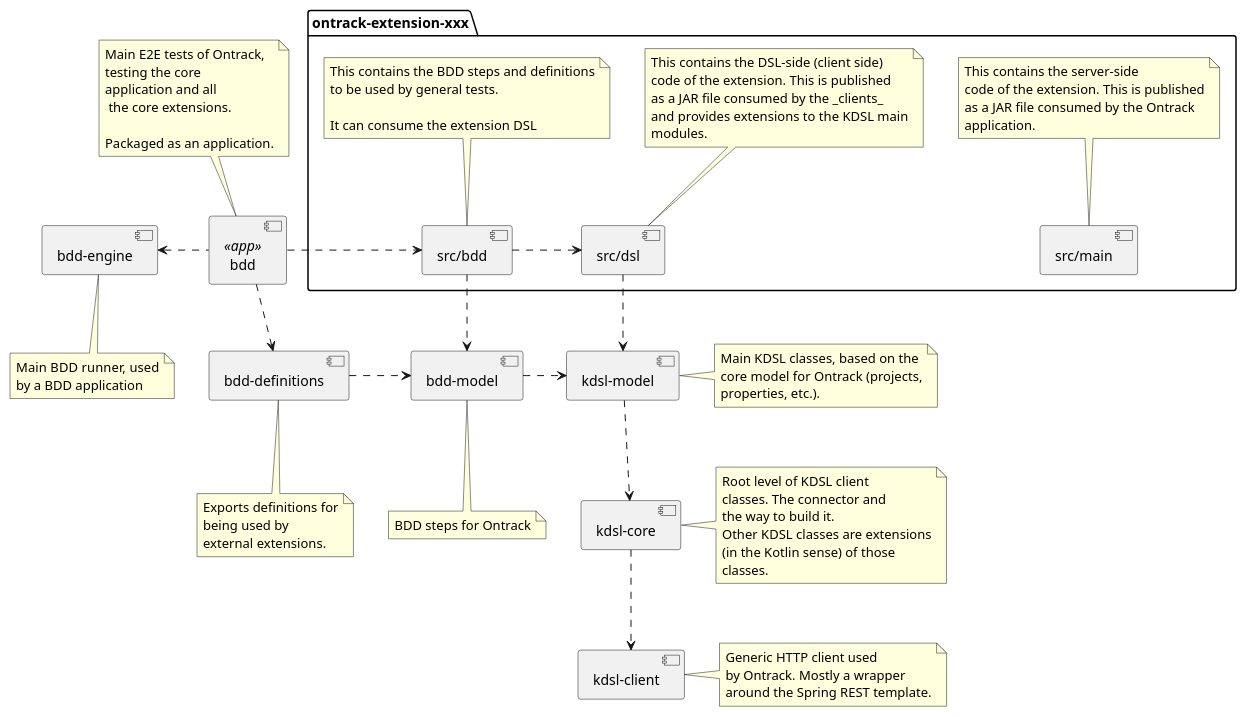
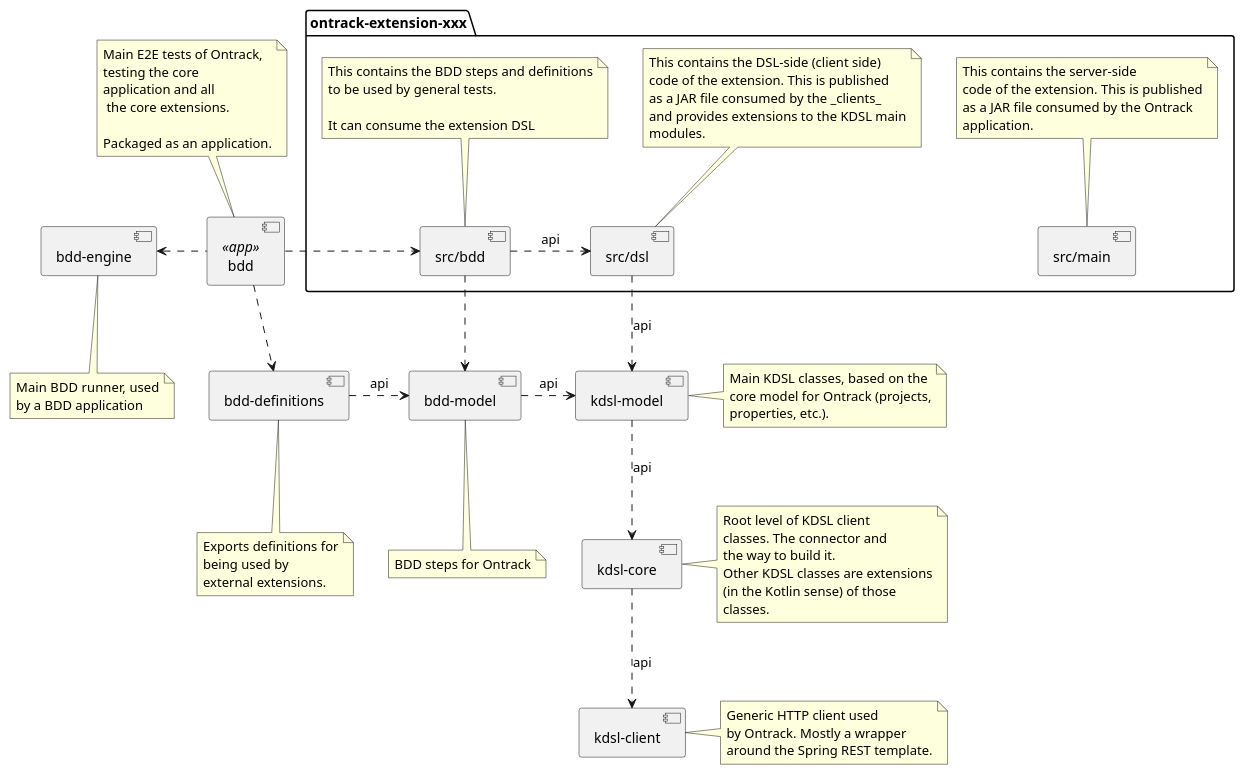
One commit to ReginaBabo/ontrack changed the diagram in ontrack-docs/src/docs/asciidoc/architecture-kdsl.puml. Above: the diagram before and after it, drawn with PlantUML. The commit also changed 1 other file, not shown here.

Commit message:
[kdsl] Correction of BDD Configuration for extensions

```diff
--- a/ontrack-docs/src/docs/asciidoc/architecture-kdsl.puml
+++ b/ontrack-docs/src/docs/asciidoc/architecture-kdsl.puml
@@ -1,111 +1,111 @@
 @startuml
 
 component "kdsl-client" as KDSLClient
 
 note right of KDSLClient
     Generic HTTP client used
     by Ontrack. Mostly a wrapper
     around the Spring REST template.
 end note
 
 component "kdsl-core" as KDSLCore
 
-KDSLCore ..> KDSLClient
+KDSLCore ..> KDSLClient : api
 
 note right of KDSLCore
     Root level of KDSL client
     classes. The connector and
     the way to build it.
     Other KDSL classes are extensions
     (in the Kotlin sense) of those
     classes.
 end note
 
 component "kdsl-model" as KDSLModel
 
-KDSLModel ..> KDSLCore
+KDSLModel ..> KDSLCore : api
 
 note right of KDSLModel
     Main KDSL classes, based on the
     core model for Ontrack (projects,
     properties, etc.).
 end note
 
 component "bdd-model" as BDDModel
 
-BDDModel .right.> KDSLModel
+BDDModel .right.> KDSLModel : api
 
 note bottom of BDDModel
     BDD steps for Ontrack
 end note
 
 package "ontrack-extension-xxx" {
 
     component "src/main" as ExtensionJAR
 
     note top of ExtensionJAR
         This contains the server-side
         code of the extension. This is published
         as a JAR file consumed by the Ontrack
         application.
     end note
 
     component "src/dsl" as ExtensionDSL
 
-    ExtensionDSL ..> KDSLModel
+    ExtensionDSL ..> KDSLModel : api
 
     note top of ExtensionDSL
         This contains the DSL-side (client side)
         code of the extension. This is published
         as a JAR file consumed by the _clients_
         and provides extensions to the KDSL main
         modules.
     end note
 
     component "src/bdd" as ExtensionBDD
 
     note top of ExtensionBDD
         This contains the BDD steps and definitions
         to be used by general tests.
 
         It can consume the extension DSL
     end note
 
-    ExtensionBDD .right.> ExtensionDSL
+    ExtensionBDD .right.> ExtensionDSL : api
     ExtensionBDD .down.> BDDModel
 
 }
 
 component "bdd-engine" as BDDEngine
 
 note bottom of BDDEngine
     Main BDD runner, used
     by a BDD application
 end note
 
 component "bdd-definitions" as BDDDefinitions
 
-BDDDefinitions .right.> BDDModel
+BDDDefinitions .right.> BDDModel : api
 
 note bottom of BDDDefinitions
     Exports definitions for
     being used by
     external extensions.
 end note
 
 component "bdd" as BDDAcceptance <<app>>
 
 note top of BDDAcceptance
     Main E2E tests of Ontrack,
     testing the core
     application and all
      the core extensions.
 
     Packaged as an application.
 end note
 
 BDDAcceptance .down.> BDDDefinitions
 BDDAcceptance .left.> BDDEngine
 BDDAcceptance .right.> ExtensionBDD
 
 @enduml
```
